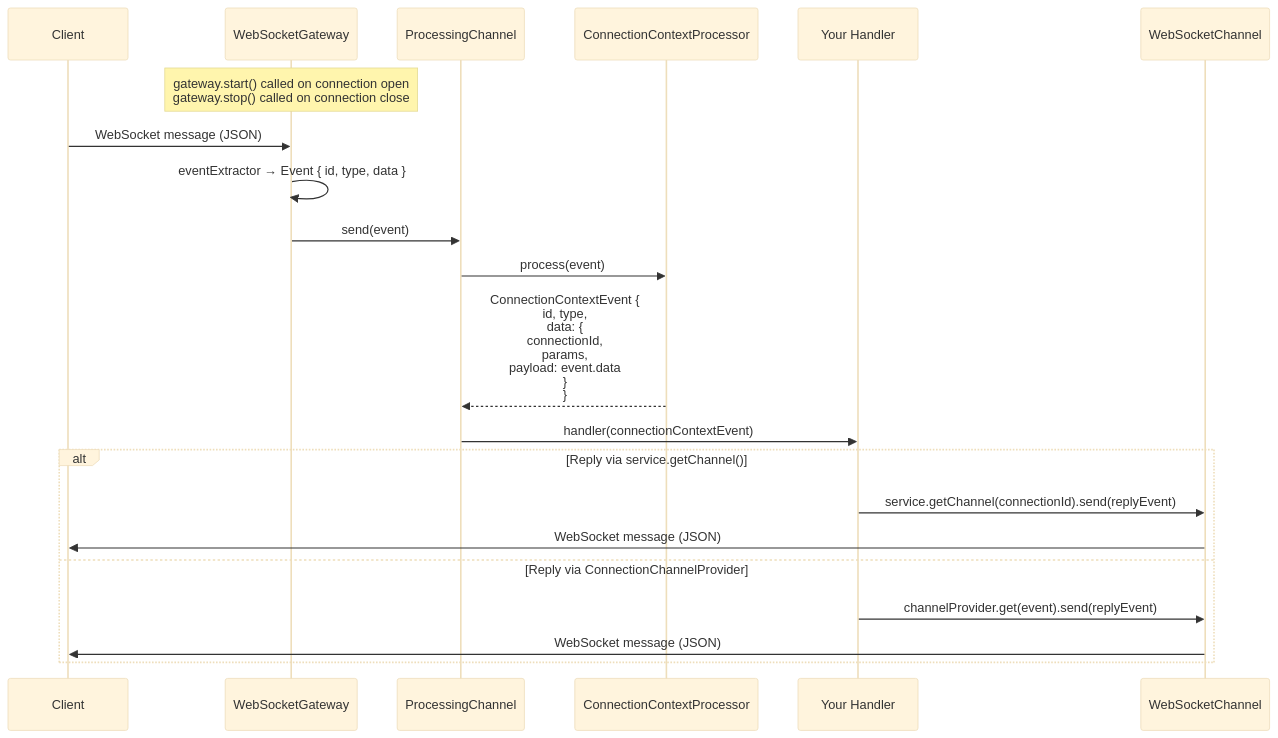
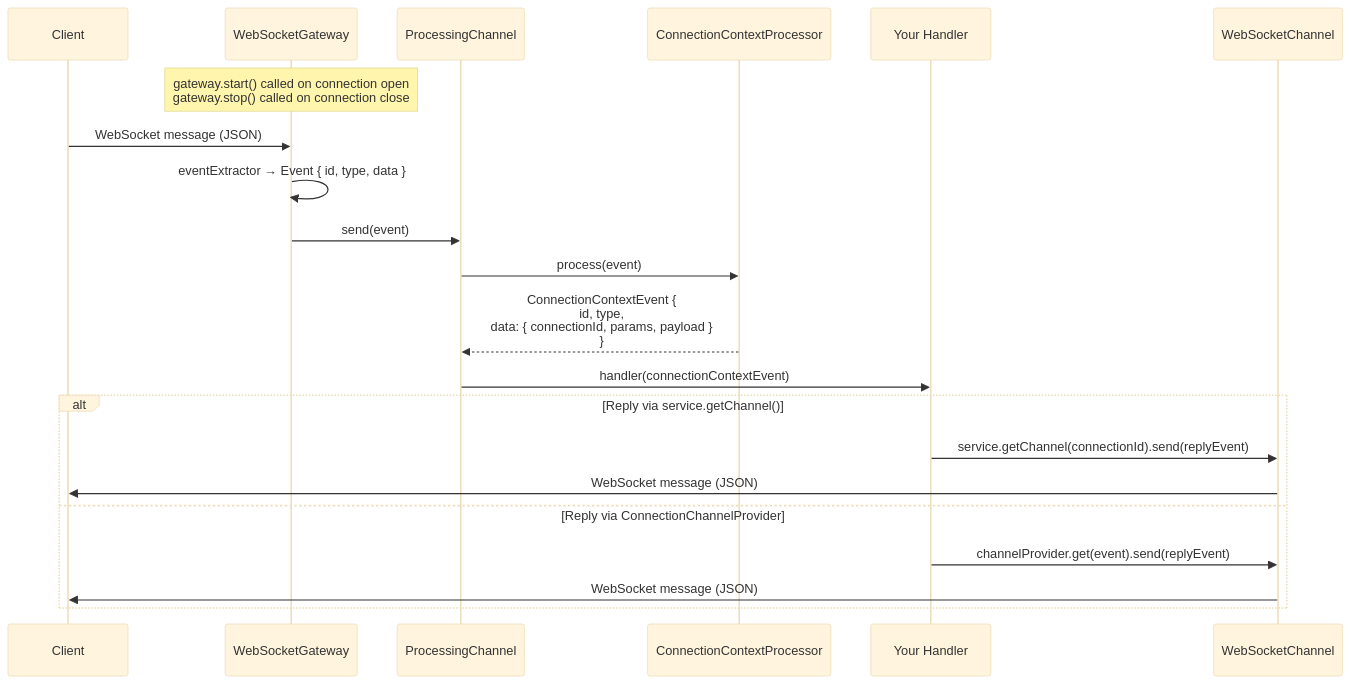
One commit to sektek/synaptik-express changed the third of 4 diagrams in docs/web-socket.md. Above: the diagram before and after it, drawn with Mermaid (base theme). The commit also changed other lines of this file, not shown here.

Commit message:
docs: replace literal \n with real newlines in mermaid diagrams

````diff
--- a/docs/web-socket.md
+++ b/docs/web-socket.md
@@ -97,28 +127,28 @@
 ```mermaid
 sequenceDiagram
     participant Client
     participant Gateway as WebSocketGateway
     participant PC as ProcessingChannel
     participant Processor as ConnectionContextProcessor
     participant Handler as Your Handler
     participant Channel as WebSocketChannel
 
     Note over Gateway: gateway.start() called on connection open<br/>gateway.stop() called on connection close
 
     Client->>Gateway: WebSocket message (JSON)
     Gateway->>Gateway: eventExtractor → Event { id, type, data }
     Gateway->>PC: send(event)
 
     PC->>Processor: process(event)
-    Processor-->>PC: ConnectionContextEvent {<br/>  id, type,<br/>  data: {<br/>    connectionId,<br/>    params,<br/>    payload: event.data<br/>  }<br/>}
+    Processor-->>PC: ConnectionContextEvent {<br/>  id, type,<br/>  data: { connectionId, params, payload }<br/>}
 
     PC->>Handler: handler(connectionContextEvent)
 
     alt Reply via service.getChannel()
         Handler->>Channel: service.getChannel(connectionId).send(replyEvent)
         Channel->>Client: WebSocket message (JSON)
     else Reply via ConnectionChannelProvider
         Handler->>Channel: channelProvider.get(event).send(replyEvent)
         Channel->>Client: WebSocket message (JSON)
     end
 ```
````
